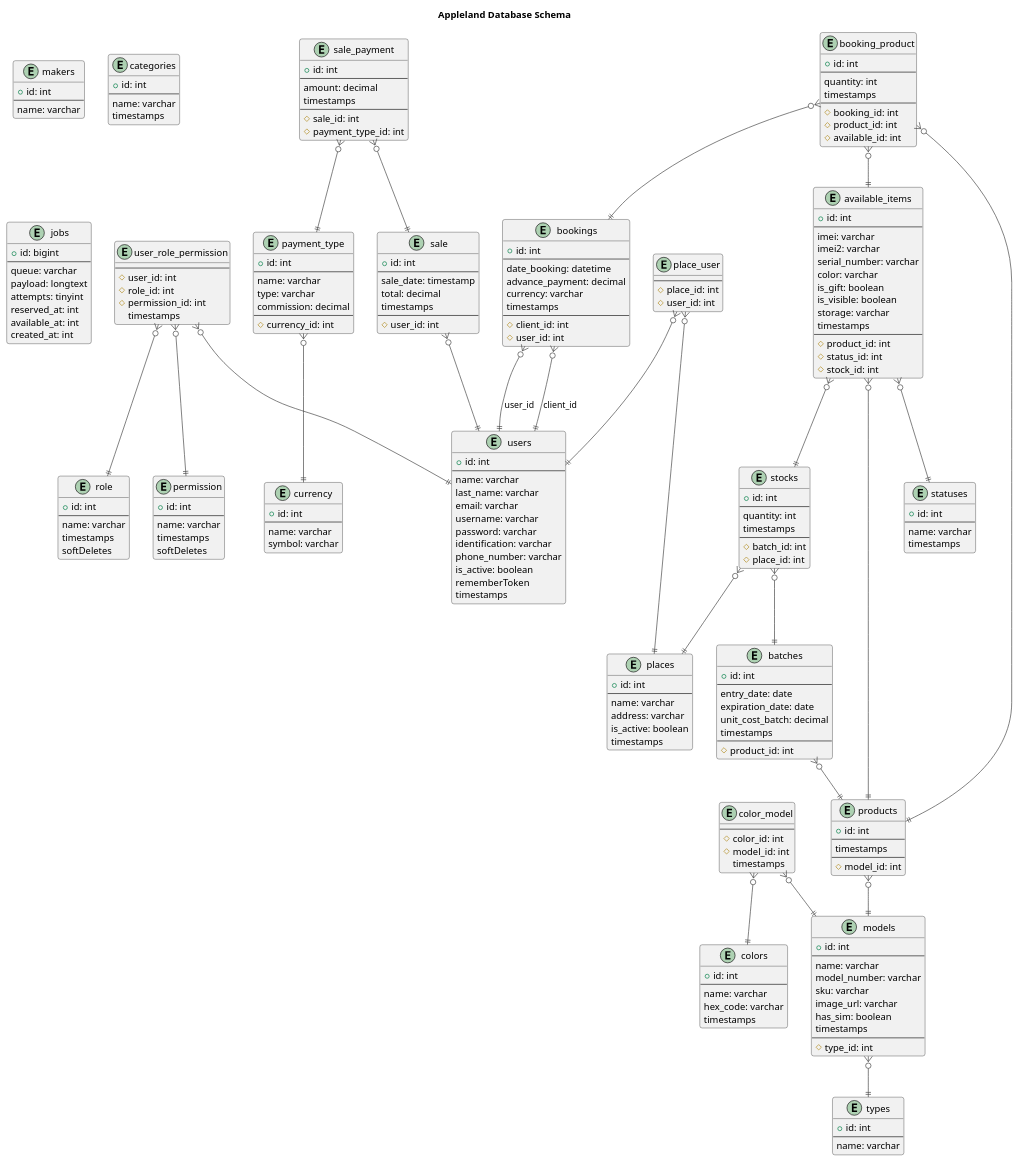
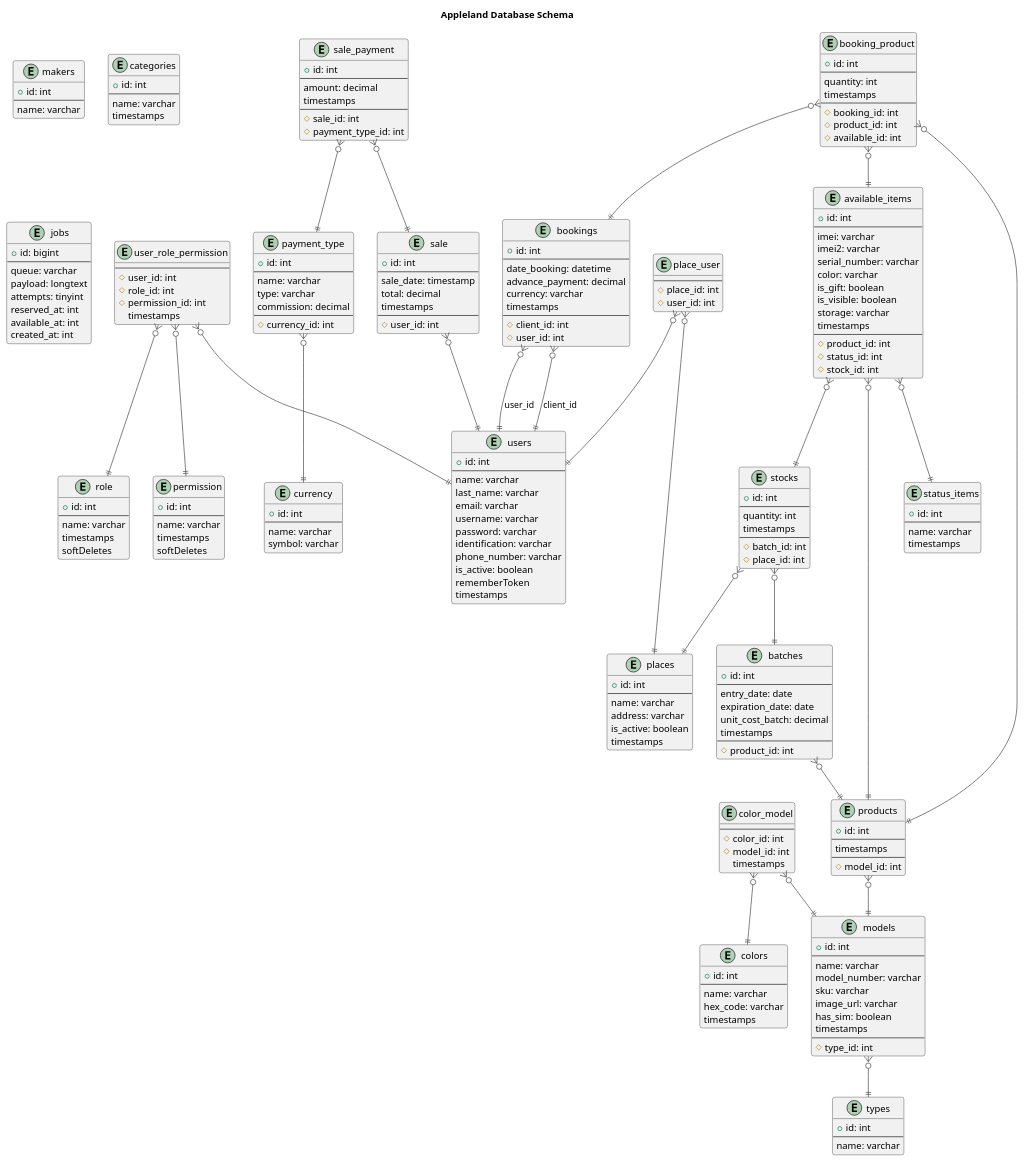
Before and after one commit to applelandof-cloud/apple_land_v2: the diagram in documentation/database_schema.puml, drawn with PlantUML. The commit also changed 61 other files, not shown here.

```diff
--- a/documentation/database_schema.puml
+++ b/documentation/database_schema.puml
@@ -134,7 +134,7 @@
   # place_id: int
 }
 
-entity "statuses" {
+entity "status_items" {
   + id: int
   --
   name: varchar
@@ -243,7 +243,7 @@
 stocks }o--|| batches
 stocks }o--|| places
 available_items }o--|| products
-available_items }o--|| statuses
+available_items }o--|| status_items
 available_items }o--|| stocks
 payment_type }o--|| currency
 sale }o--|| users
```
